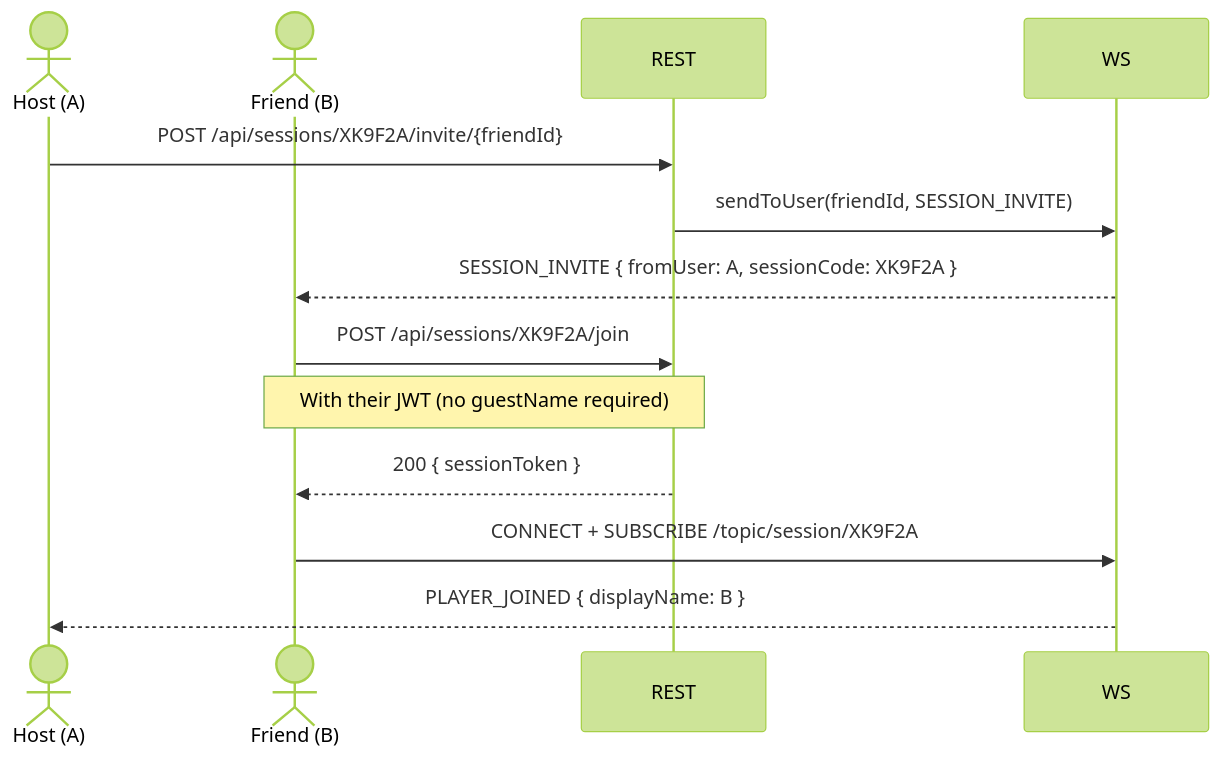
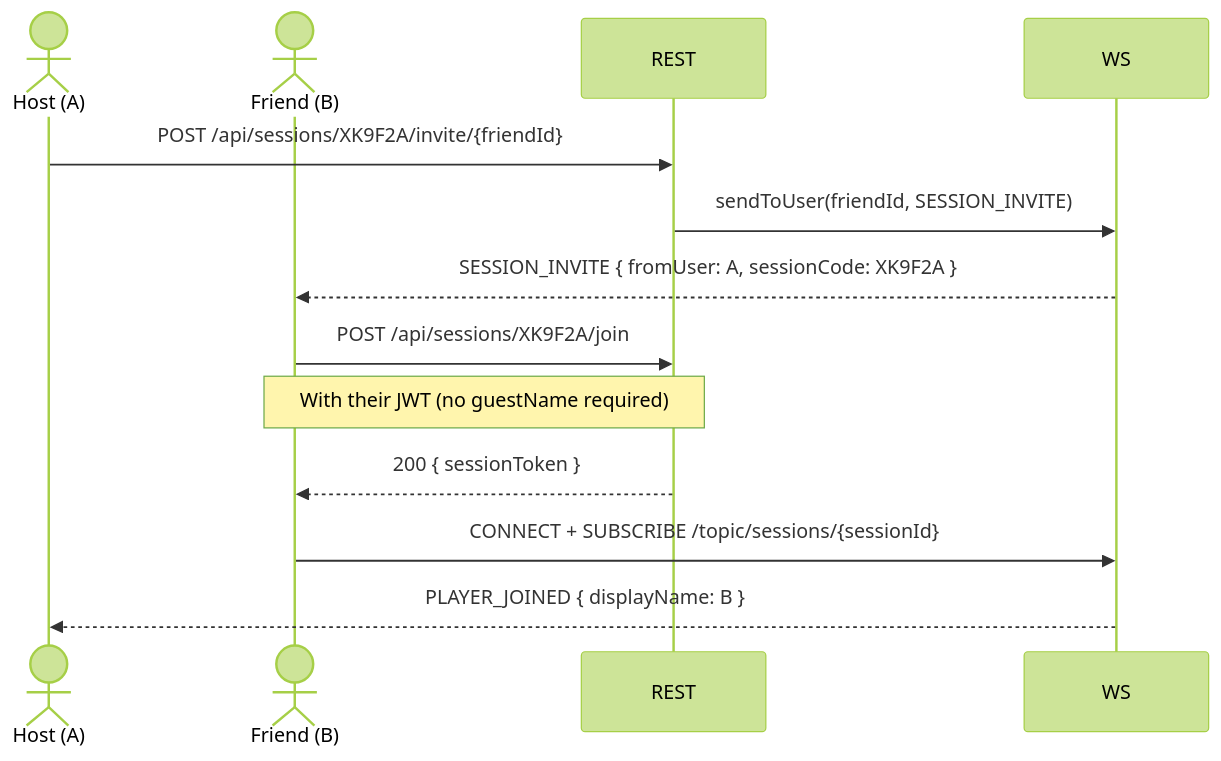
Before and after one commit to CyprienJ/blindTest: the seventh of 9 diagrams in docs/architecture.md, drawn with Mermaid (forest theme). The commit also changed other lines of this file and 21 other files, not shown here.

````diff
--- a/docs/architecture.md
+++ b/docs/architecture.md
@@ -827,17 +827,17 @@
 ```mermaid
 sequenceDiagram
     actor Host as Host (A)
     actor Friend as Friend (B)
     participant REST
     participant WS
 
     Host->>REST: POST /api/sessions/XK9F2A/invite/{friendId}
     REST->>WS: sendToUser(friendId, SESSION_INVITE)
     WS-->>Friend: SESSION_INVITE { fromUser: A, sessionCode: XK9F2A }
 
     Friend->>REST: POST /api/sessions/XK9F2A/join
     Note over Friend,REST: With their JWT (no guestName required)
     REST-->>Friend: 200 { sessionToken }
-    Friend->>WS: CONNECT + SUBSCRIBE /topic/session/XK9F2A
+    Friend->>WS: CONNECT + SUBSCRIBE /topic/sessions/{sessionId}
     WS-->>Host: PLAYER_JOINED { displayName: B }
 ```
````
